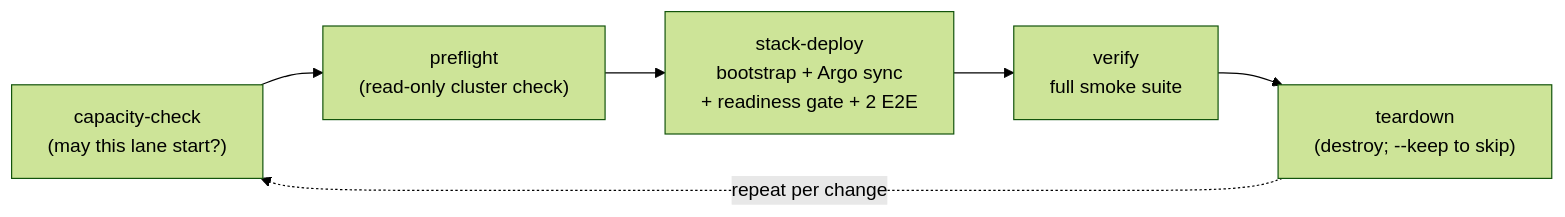
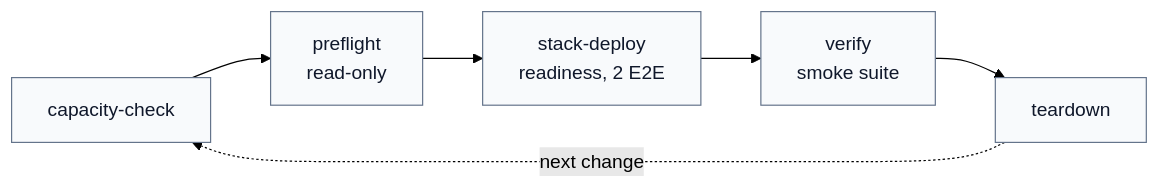
The diagram in docs/testing-cycle.md (hyperi-io/dfe-infra), drawn with Mermaid (forest theme) before and after one commit. The commit also changed other lines of this file and 63 other files, not shown here.

````diff
--- a/docs/testing-cycle.md
+++ b/docs/testing-cycle.md
@@ -5,8 +7,16 @@
 ```mermaid
 flowchart LR
-    CC["capacity-check\n(may this lane start?)"] --> PF["preflight\n(read-only cluster check)"]
-    PF --> SD["stack-deploy\nbootstrap + Argo sync\n+ readiness gate + 2 E2E"]
-    SD --> SM["verify\nfull smoke suite"]
-    SM --> DS["teardown\n(destroy; --keep to skip)"]
-    DS -.->|"repeat per change"| CC
+    accTitle: L4 Detail -- The validation cycle
+    accDescr: capacity-check asks whether the lane may start, preflight checks the cluster read-only, stack-deploy bootstraps and syncs the stack and runs the readiness gate and two E2E tests, verify runs the smoke suite, and teardown destroys it. The cycle repeats per change.
+
+    capacity["capacity-check"]
+    preflight["preflight<br/>read-only"]
+    deploy["stack-deploy<br/>readiness, 2 E2E"]
+    verify["verify<br/>smoke suite"]
+    teardown["teardown"]
+
+    capacity --> preflight --> deploy --> verify --> teardown
+    teardown -.->|next change| capacity
+
+    classDef default fill:#F8FAFC,stroke:#64748B,stroke-width:1px,color:#0F172A
 ```
````
